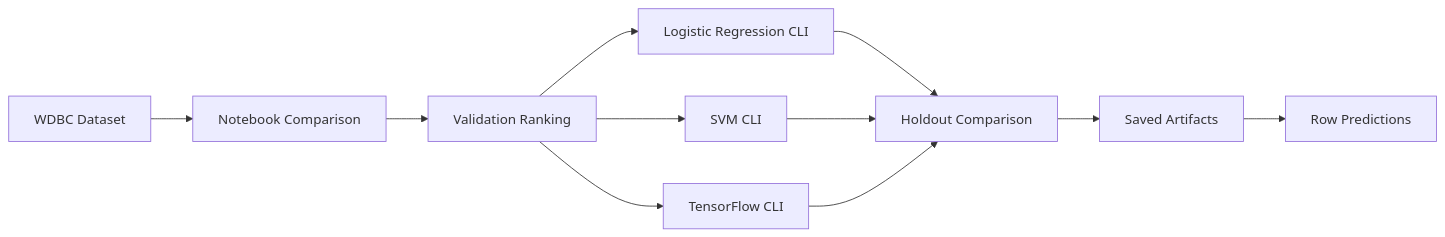
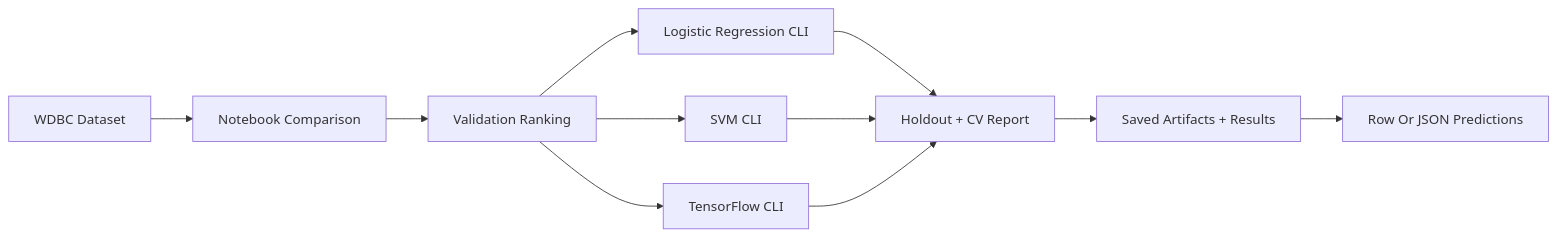
Before and after one commit to przttttt/mammo: the diagram in README.md, drawn with Mermaid. The commit also changed other lines of this file and 9 other files, not shown here.

````diff
--- a/README.md
+++ b/README.md
@@ -39,13 +40,13 @@
 ```mermaid
 flowchart LR
     A["WDBC Dataset"] --> B["Notebook Comparison"]
     B --> C["Validation Ranking"]
     C --> D1["Logistic Regression CLI"]
     C --> D2["SVM CLI"]
     C --> D3["TensorFlow CLI"]
-    D1 --> E["Holdout Comparison"]
+    D1 --> E["Holdout + CV Report"]
     D2 --> E
     D3 --> E
-    E --> F["Saved Artifacts"]
-    F --> G["Row Predictions"]
+    E --> F["Saved Artifacts + Results"]
+    F --> G["Row Or JSON Predictions"]
 ```
````
